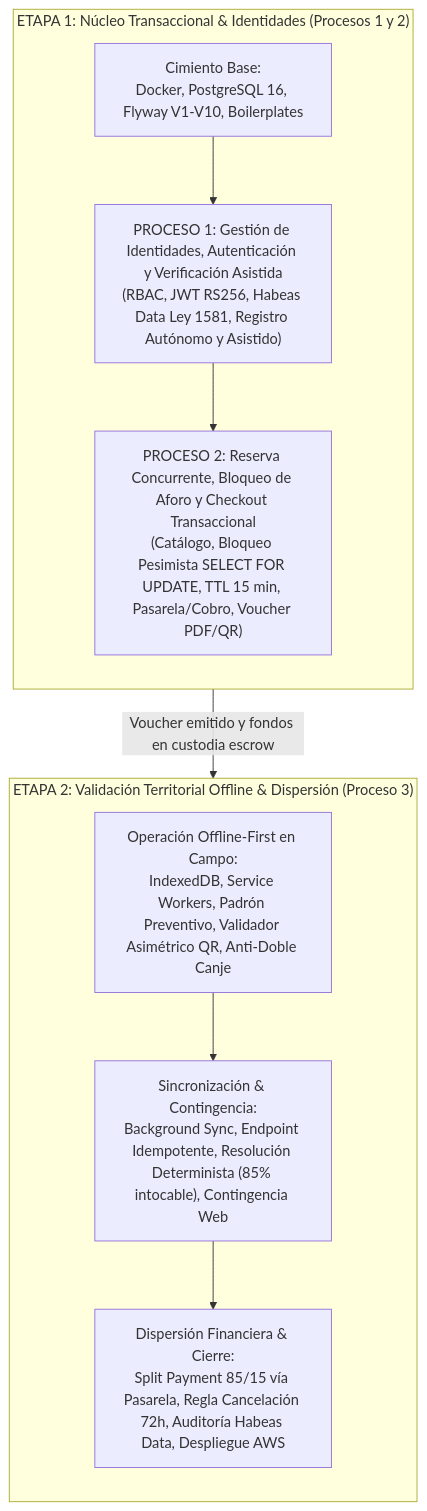
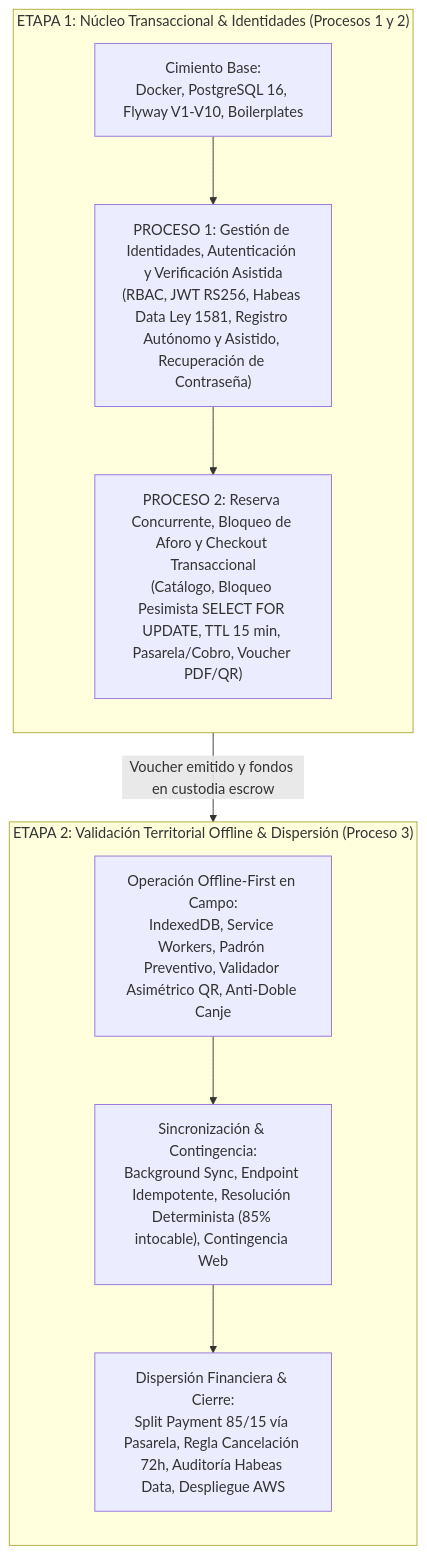
The diagram in docs/status/PROJECT_STATUS.md (choclitoxd/integrate), drawn with Mermaid before and after one commit. The commit also changed other lines of this file and 125 other files, not shown here.

````diff
--- a/docs/status/PROJECT_STATUS.md
+++ b/docs/status/PROJECT_STATUS.md
@@ -53,20 +53,20 @@
 ```mermaid
 graph TD
     subgraph ETAPA_1 ["ETAPA 1: Núcleo Transaccional & Identidades (Procesos 1 y 2)"]
         direction TB
         E1_BASE["Cimiento Base:<br/>Docker, PostgreSQL 16, Flyway V1-V10, Boilerplates"]
-        P1["PROCESO 1: Gestión de Identidades, Autenticación y Verificación Asistida<br/>(RBAC, JWT RS256, Habeas Data Ley 1581, Registro Autónomo y Asistido)"]
+        P1["PROCESO 1: Gestión de Identidades, Autenticación y Verificación Asistida<br/>(RBAC, JWT RS256, Habeas Data Ley 1581, Registro Autónomo y Asistido, Recuperación de Contraseña)"]
         P2["PROCESO 2: Reserva Concurrente, Bloqueo de Aforo y Checkout Transaccional<br/>(Catálogo, Bloqueo Pesimista SELECT FOR UPDATE, TTL 15 min, Pasarela/Cobro, Voucher PDF/QR)"]
         E1_BASE --> P1 --> P2
     end
 
     subgraph ETAPA_2 ["ETAPA 2: Validación Territorial Offline & Dispersión (Proceso 3)"]
         direction TB
         P3_OFFLINE["Operación Offline-First en Campo:<br/>IndexedDB, Service Workers, Padrón Preventivo, Validador Asimétrico QR, Anti-Doble Canje"]
         P3_SYNC["Sincronización & Contingencia:<br/>Background Sync, Endpoint Idempotente, Resolución Determinista (85% intocable), Contingencia Web"]
         P3_FINANCE["Dispersión Financiera & Cierre:<br/>Split Payment 85/15 vía Pasarela, Regla Cancelación 72h, Auditoría Habeas Data, Despliegue AWS"]
         P3_OFFLINE --> P3_SYNC --> P3_FINANCE
     end
 
     ETAPA_1 -->|Voucher emitido y fondos en custodia escrow| ETAPA_2
 ```
````
